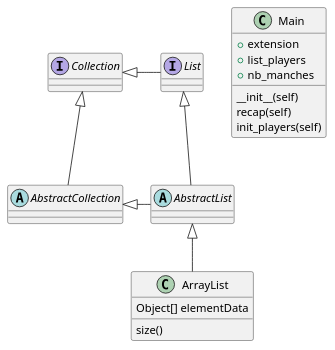
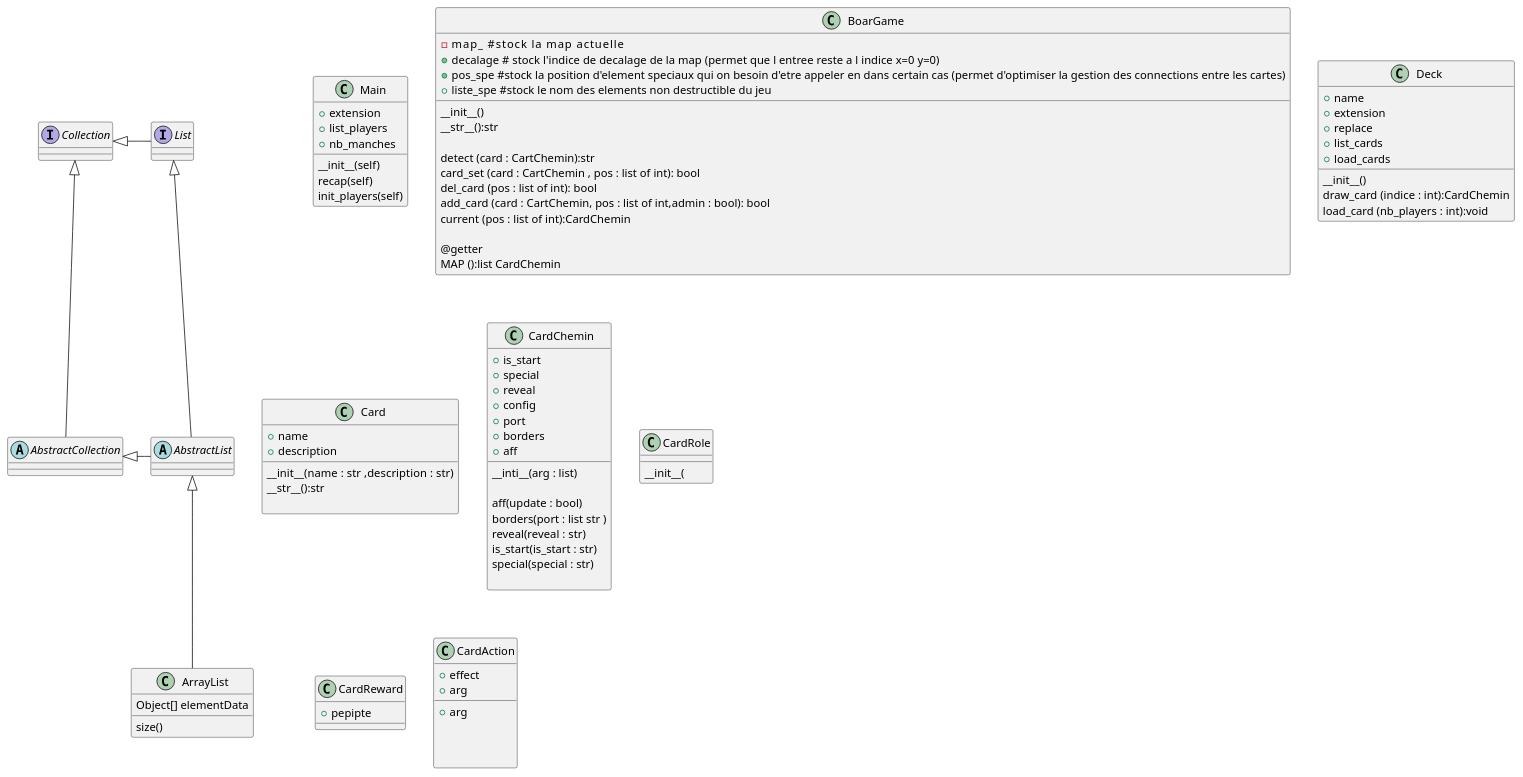
Before and after one commit to CocoLng/Kathon: the diagram in Saboteur.puml, drawn with PlantUML. The commit also changed 2 other files, not shown here.

```diff
--- a/Saboteur.puml
+++ b/Saboteur.puml
@@ -1,30 +1,109 @@
 @startuml
 'https://plantuml.com/class-diagram
 
 abstract class AbstractList
 abstract AbstractCollection
 interface List
 interface Collection
+
 
 List <|-- AbstractList
 Collection <|-- AbstractCollection
 
 Collection <|- List
 AbstractCollection <|- AbstractList
 AbstractList <|-- ArrayList
 
 class ArrayList {
 Object[] elementData
 size()
 }
 
 class Main {
 +extension
 +list_players
 +nb_manches
 __init__(self)
 recap(self)
 init_players(self)
 }
 
+class BoarGame{
+-map_         #stock la map actuelle
++decalage  # stock l'indice de decalage de la map (permet que l entree reste a l indice x=0 y=0)
++pos_spe #stock la position d'element speciaux qui on besoin d'etre appeler en dans certain cas (permet d'optimiser la gestion des connections entre les cartes)
++liste_spe #stock le nom des elements non destructible du jeu
+__
+__init__()
+__str__():str
+
+detect (card : CartChemin):str
+card_set (card : CartChemin , pos : list of int): bool
+del_card (pos : list of int): bool
+add_card (card : CartChemin, pos : list of int,admin : bool): bool
+current (pos : list of int):CardChemin
+
+@getter
+MAP ():list CardChemin
+}
+
+class Deck{
++name
++extension
++replace
++list_cards
++load_cards
+__
+__init__()
+draw_card (indice : int):CardChemin
+load_card (nb_players : int):void
+}
+
+class Card{
++name
++description
+__
+__init__(name :  str ,description : str)
+__str__():str
+
+}
+
+
+class CardChemin{
++is_start
++special
++reveal
++config
++port
++borders
++aff
+__
+__inti__(arg : list)
+
+aff(update : bool)
+borders(port : list str )
+reveal(reveal : str)
+is_start(is_start : str)
+special(special : str)
+
+}
+
+class CardRole{
+__
+__init__(
+}
+
+class CardReward{
++pepipte
+}
+
+class CardAction{
++effect
++arg
+__
++arg
+
+
+
+}
 @enduml
```
